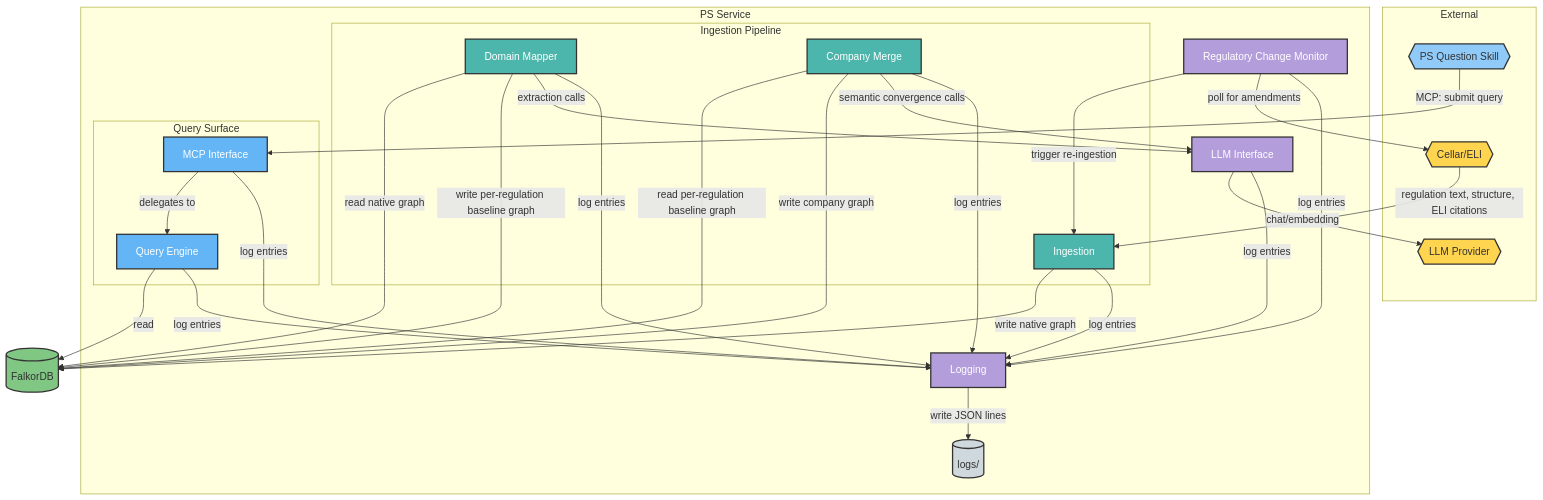
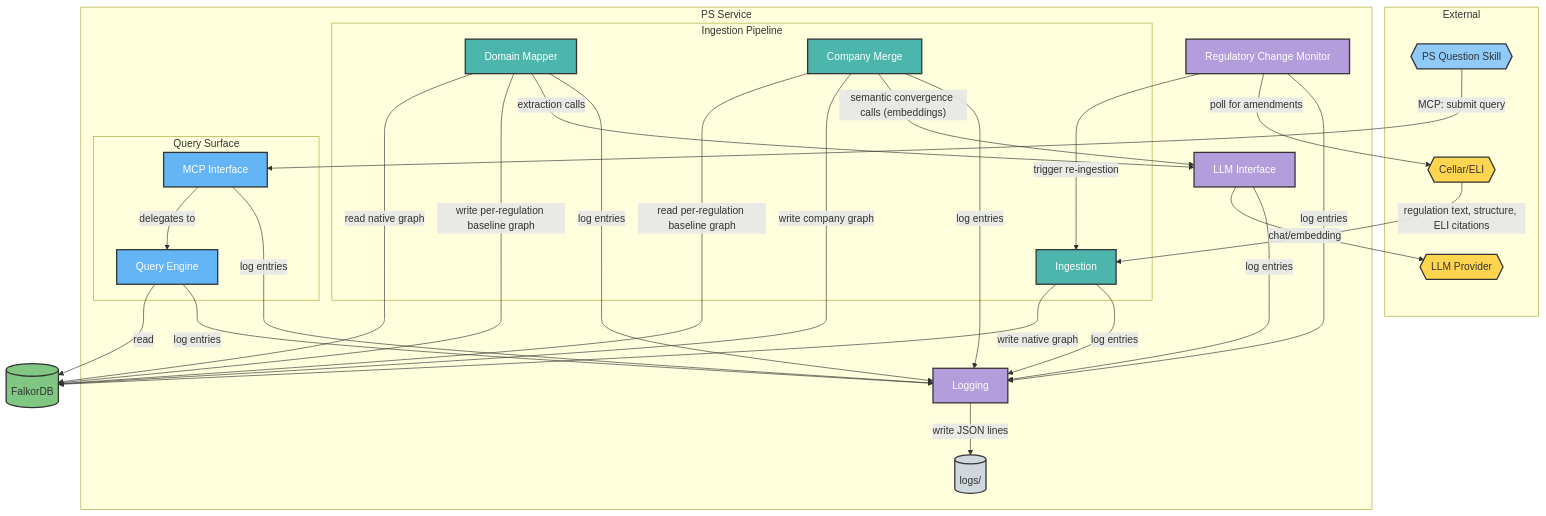
One commit to mindovermachine-dev/policy-system changed the first of 3 diagrams in docs/architecture/ps-service-container-architecture.md. Above: the diagram before and after it, drawn with Mermaid. The commit also changed other lines of this file and 1 other file, not shown here.

````diff
--- a/docs/architecture/ps-service-container-architecture.md
+++ b/docs/architecture/ps-service-container-architecture.md
@@ -68,70 +68,70 @@
 ```mermaid
 graph TB
     subgraph External["External"]
         Cellar{{Cellar/ELI}}
         LLMProvider{{LLM Provider}}
         PSSkill{{PS Question Skill}}
     end
 
     subgraph PSService["PS Service"]
         subgraph Pipeline["Ingestion Pipeline"]
             Ingestion[Ingestion]
             DomainMapper[Domain Mapper]
             CompanyMerge[Company Merge]
         end
 
         subgraph QuerySurface["Query Surface"]
             QueryEngine[Query Engine]
             MCPInterface[MCP Interface]
         end
 
         ChangeMonitor[Regulatory Change Monitor]
         LLMInterface[LLM Interface]
         Logging[Logging]
         LogFiles[(logs/)]
     end
 
     FalkorDB[(FalkorDB)]
 
     Cellar -->|"regulation text, structure, ELI citations"| Ingestion
     ChangeMonitor -->|"poll for amendments"| Cellar
     ChangeMonitor -->|"trigger re-ingestion"| Ingestion
 
     Ingestion -->|"write native graph"| FalkorDB
     DomainMapper -->|"read native graph"| FalkorDB
     DomainMapper -->|"write per-regulation baseline graph"| FalkorDB
     CompanyMerge -->|"read per-regulation baseline graph"| FalkorDB
     CompanyMerge -->|"write company graph"| FalkorDB
 
     DomainMapper -->|"extraction calls"| LLMInterface
-    CompanyMerge -->|"semantic convergence calls"| LLMInterface
+    CompanyMerge -->|"semantic convergence calls (embeddings)"| LLMInterface
     LLMInterface -->|"chat/embedding"| LLMProvider
 
     QueryEngine -->|"read"| FalkorDB
     MCPInterface -->|"delegates to"| QueryEngine
     PSSkill -->|"MCP: submit query"| MCPInterface
 
     Ingestion -->|"log entries"| Logging
     DomainMapper -->|"log entries"| Logging
     CompanyMerge -->|"log entries"| Logging
     QueryEngine -->|"log entries"| Logging
     MCPInterface -->|"log entries"| Logging
     ChangeMonitor -->|"log entries"| Logging
     LLMInterface -->|"log entries"| Logging
     Logging -->|"write JSON lines"| LogFiles
 
     style Cellar fill:#FFD54F,stroke:#333,stroke-width:2px,color:#333
     style LLMProvider fill:#FFD54F,stroke:#333,stroke-width:2px,color:#333
     style PSSkill fill:#90CAF9,stroke:#333,stroke-width:2px,color:#333
     style FalkorDB fill:#81C784,stroke:#333,stroke-width:2px,color:#333
     style LogFiles fill:#CFD8DC,stroke:#333,stroke-width:2px,color:#333
 
     style Ingestion fill:#4DB6AC,stroke:#333,stroke-width:2px,color:#FFFFFF
     style DomainMapper fill:#4DB6AC,stroke:#333,stroke-width:2px,color:#FFFFFF
     style CompanyMerge fill:#4DB6AC,stroke:#333,stroke-width:2px,color:#FFFFFF
     style QueryEngine fill:#64B5F6,stroke:#333,stroke-width:2px,color:#FFFFFF
     style MCPInterface fill:#64B5F6,stroke:#333,stroke-width:2px,color:#FFFFFF
     style ChangeMonitor fill:#B39DDB,stroke:#333,stroke-width:2px,color:#FFFFFF
     style LLMInterface fill:#B39DDB,stroke:#333,stroke-width:2px,color:#FFFFFF
     style Logging fill:#B39DDB,stroke:#333,stroke-width:2px,color:#FFFFFF
 ```
````
